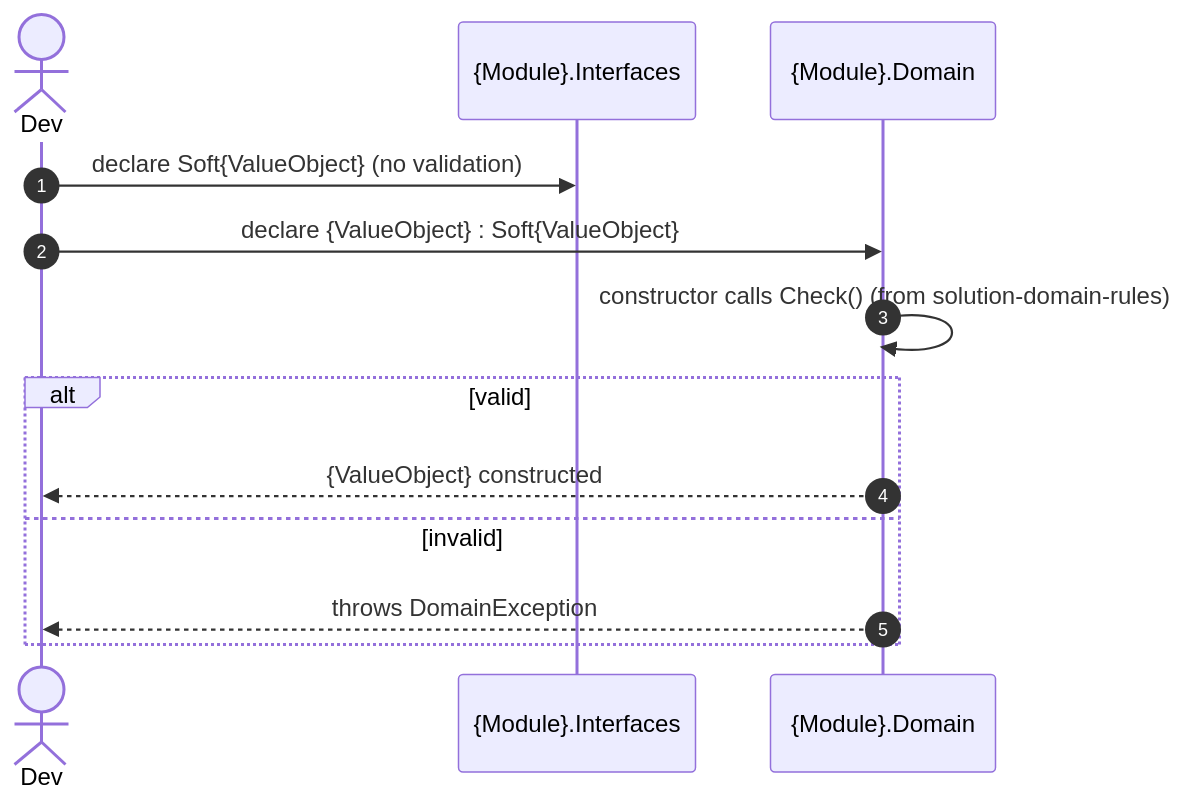
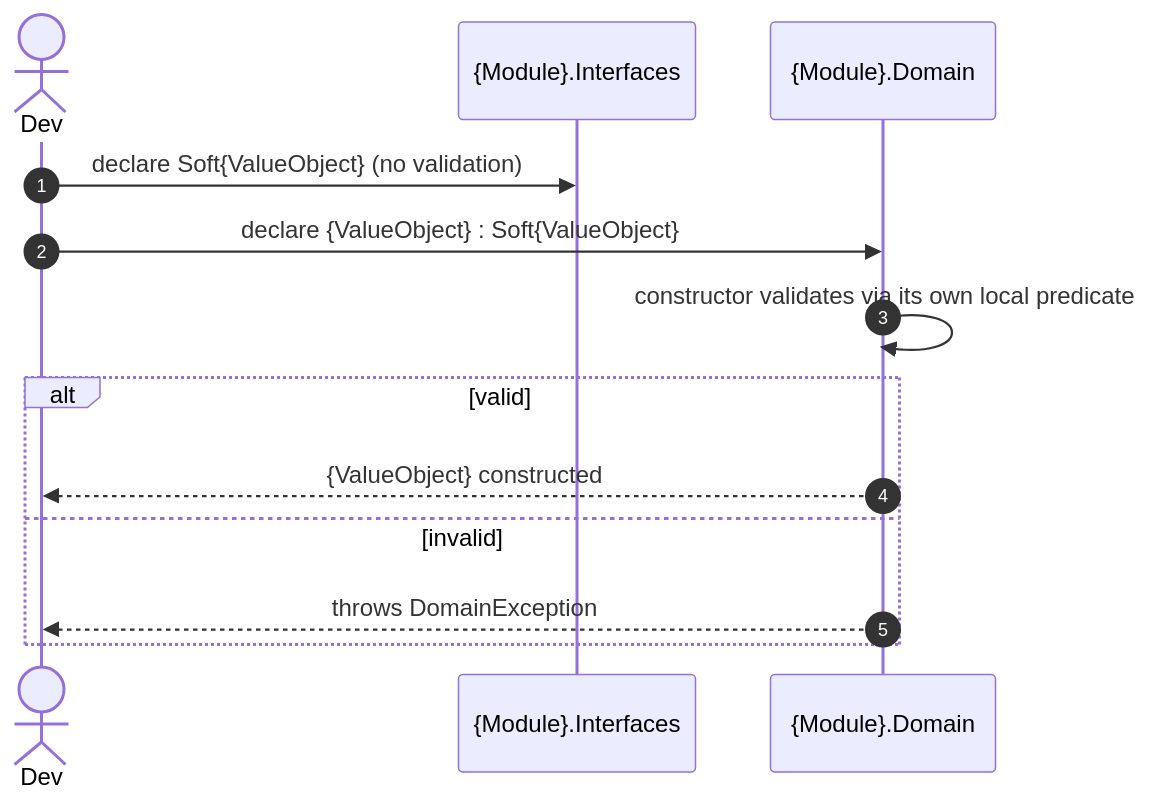
Before and after one commit to InsonusK/ai-skills: the diagram in skills/dotnet/architecture/solutions/draft/solution-value-objects.skill/solution-value-objects.skill.md, drawn with Mermaid. The commit also changed other lines of this file and 8 other files, not shown here.

````diff
--- a/skills/dotnet/architecture/solutions/draft/solution-value-objects.skill/solution-value-objects.skill.md
+++ b/skills/dotnet/architecture/solutions/draft/solution-value-objects.skill/solution-value-objects.skill.md
@@ -95,15 +96,15 @@
 ```mermaid
 sequenceDiagram
     autonumber
     actor Dev
     participant Interfaces as {Module}.Interfaces
     participant Domain as {Module}.Domain
     Dev->>Interfaces: declare Soft{ValueObject} (no validation)
     Dev->>Domain: declare {ValueObject} : Soft{ValueObject}
-    Domain->>Domain: constructor calls Check() (from solution-domain-rules)
+    Domain->>Domain: constructor validates via its own local predicate
     alt valid
         Domain-->>Dev: {ValueObject} constructed
     else invalid
         Domain-->>Dev: throws DomainException
     end
 ```
````
